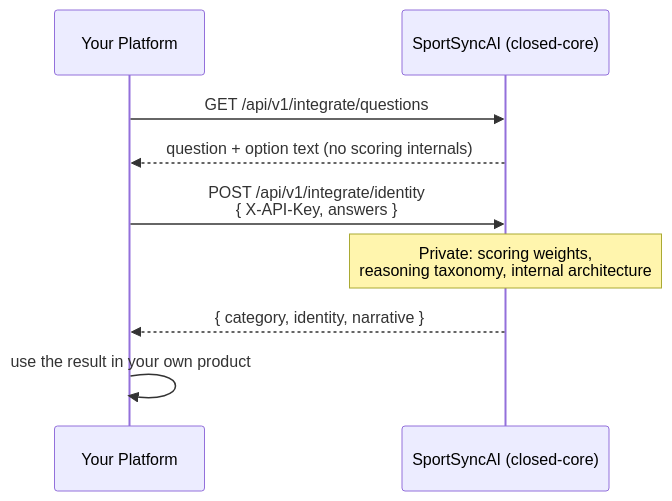
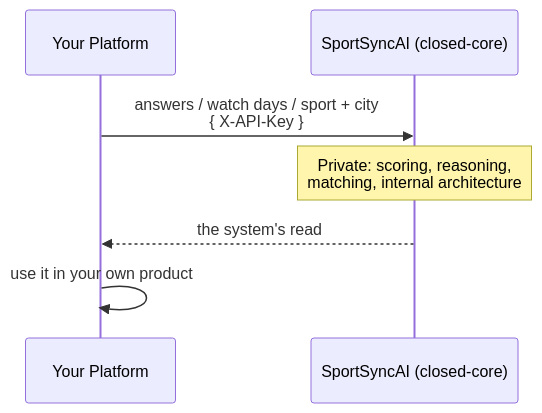
Before and after one commit to Hamodisz/sportsyncai-integration-kit: the diagram in README.md, drawn with Mermaid. The commit also changed other lines of this file and 3 other files, not shown here.

Commit message:
docs: partner API systems — body reading, sport map, places, people, delete, usage; systems only, no sample results

````diff
--- a/README.md
+++ b/README.md
@@ -22,14 +35,10 @@
 ```mermaid
 sequenceDiagram
     participant P as Your Platform
     participant S as SportSyncAI (closed-core)
 
-    P->>S: GET /api/v1/integrate/questions
-    S-->>P: question + option text (no scoring internals)
-
-    P->>S: POST /api/v1/integrate/identity<br/>{ X-API-Key, answers }
-    Note over S: Private: scoring weights,<br/>reasoning taxonomy, internal architecture
-    S-->>P: { category, identity, narrative }
-
-    P->>P: use the result in your own product
+    P->>S: answers / watch days / sport + city<br/>{ X-API-Key }
+    Note over S: Private: scoring, reasoning,<br/>matching, internal architecture
+    S-->>P: the system's read
+    P->>P: use it in your own product
 ```
````
